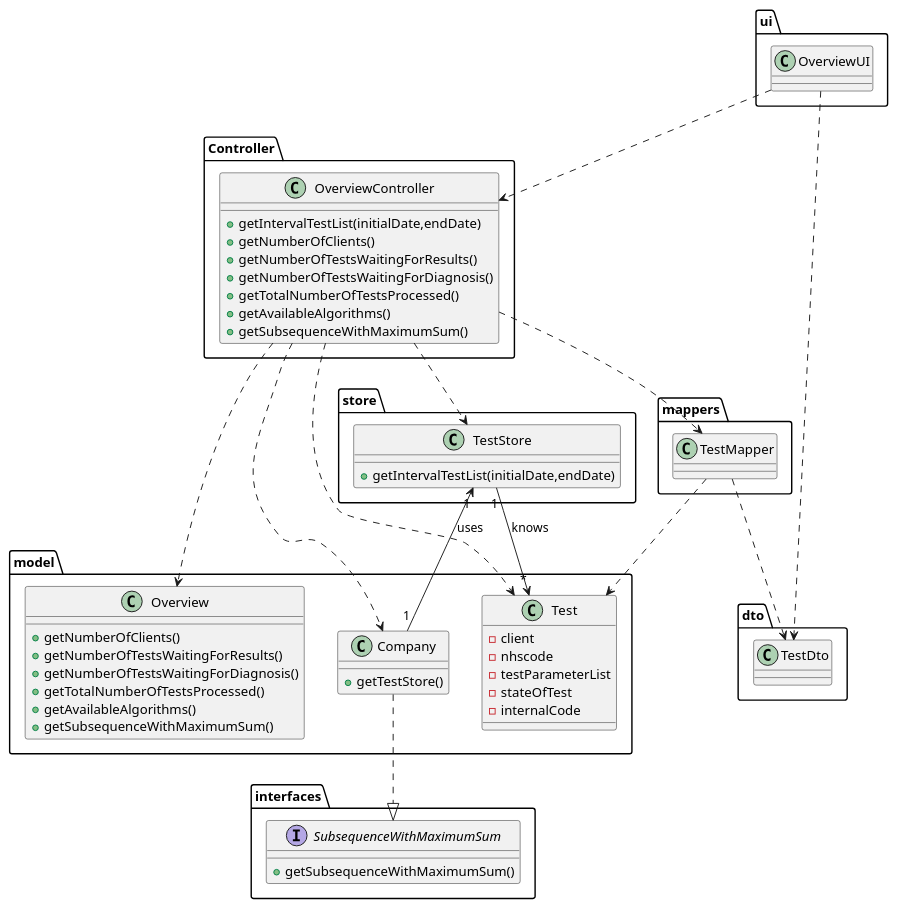
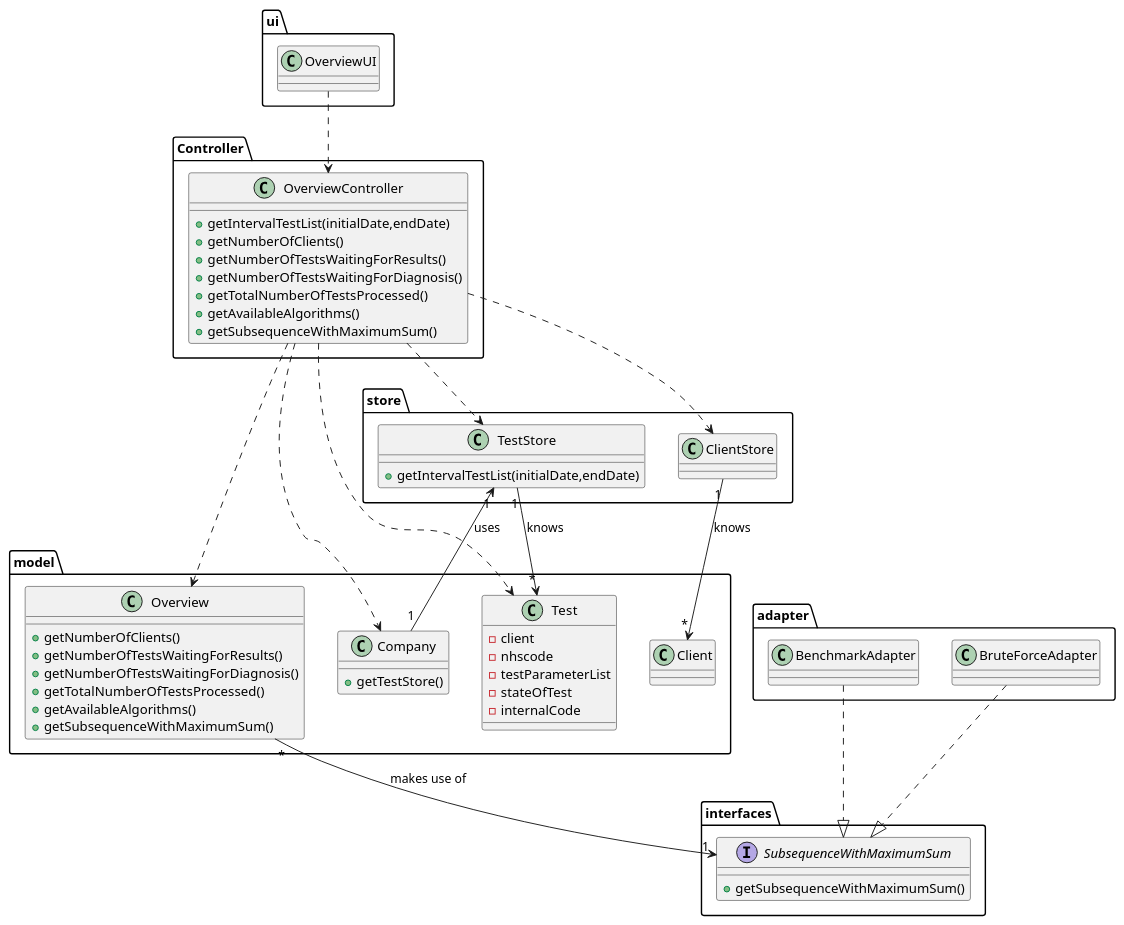
One commit to manu-07-ela/LAPR2_ISEP changed the diagram in docs/SprintD/US16/US16_CD.puml. Above: the diagram before and after it, drawn with PlantUML. The commit also changed 2 other files, not shown here.

```diff
--- a/docs/SprintD/US16/US16_CD.puml
+++ b/docs/SprintD/US16/US16_CD.puml
@@ -1,85 +1,86 @@
 @startuml
 
 
 package ui {
 class OverviewUI{}
 }
 
 package Controller{
 class OverviewController{
 +getIntervalTestList(initialDate,endDate)
 +getNumberOfClients()
 +getNumberOfTestsWaitingForResults()
 +getNumberOfTestsWaitingForDiagnosis()
 +getTotalNumberOfTestsProcessed()
 +getAvailableAlgorithms()
 +getSubsequenceWithMaximumSum()
 }
 }
 
+package adapter{
+class BenchmarkAdapter{
+}
+
+class BruteForceAdapter{
+}
+}
+
 package model{
 class Company{
 +getTestStore()
 }
 class Test{
 -client
 -nhscode
 -testParameterList
 -stateOfTest
 -internalCode
+}
+class Client{
 }
 class Overview{
 +getNumberOfClients()
 +getNumberOfTestsWaitingForResults()
 +getNumberOfTestsWaitingForDiagnosis()
 +getTotalNumberOfTestsProcessed()
 +getAvailableAlgorithms()
 +getSubsequenceWithMaximumSum()
 }
 }
 
 
 
 package store{
 class TestStore{
 +getIntervalTestList(initialDate,endDate)
 }
-}
-
-package mappers{
-class TestMapper{
+class ClientStore{
 }
 }
 
-
-package dto{
-class TestDto
-}
 
 package interfaces{
 interface SubsequenceWithMaximumSum{
 +getSubsequenceWithMaximumSum()
 }
 }
 
 
 OverviewUI ..> OverviewController
-OverviewUI ..> TestDto
 
-OverviewController ..> TestMapper
 OverviewController ..> TestStore
+OverviewController ..> ClientStore
 OverviewController ..> Company
 OverviewController ..> Test
 OverviewController ..> Overview
 
-Company "1" --> "1" TestStore : uses
+Company "1" ----> "1" TestStore : uses
 TestStore "1" --> "*" Test : knows
-Company..|>SubsequenceWithMaximumSum
+ClientStore "1" --> "*" Client : knows
 
-TestMapper ..> TestDto
-TestMapper ..> Test
+Overview "*" -->"1"  SubsequenceWithMaximumSum : makes use of
 
-
-
+BenchmarkAdapter..|>SubsequenceWithMaximumSum
+BruteForceAdapter..|>SubsequenceWithMaximumSum
 
 @enduml
```
